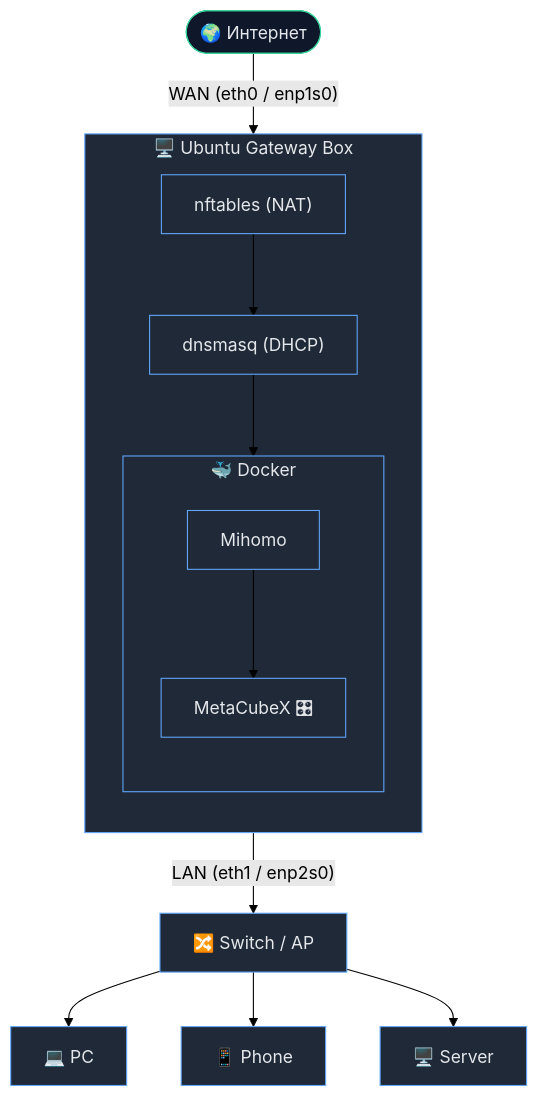
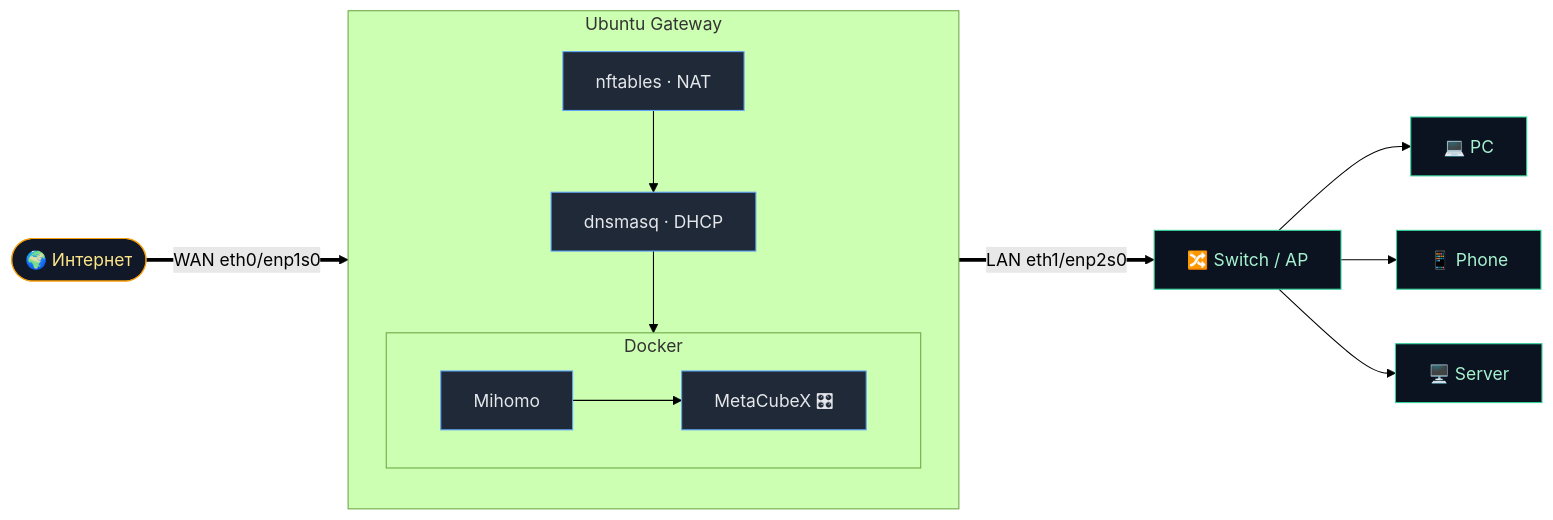
The diagram in README.md (quick-1y/mihomo-gateway), drawn with Mermaid (forest theme) before and after one commit.

````diff
--- a/README.md
+++ b/README.md
@@ -9,37 +9,31 @@
 ```mermaid
-flowchart TB
-    Internet(["🌍 Интернет"])
+flowchart LR
+    I(["🌍 Интернет"]):::wan
 
-    subgraph GW["🖥️ Ubuntu Gateway Box"]
+    subgraph GW["Ubuntu Gateway"]
         direction TB
-        NFT["nftables (NAT)"]
-        DNS["dnsmasq (DHCP)"]
-
-        subgraph DK["🐳 Docker"]
-            direction TB
-            MH["Mihomo"]
-            MC["MetaCubeX 🎛"]
-            MH --> MC
+        N["nftables · NAT"]:::svc
+        D["dnsmasq · DHCP"]:::svc
+        subgraph DOCK["Docker"]
+            M1["Mihomo"]:::svc
+            M2["MetaCubeX 🎛"]:::svc
+            M1 --> M2
         end
-
-        NFT --> DNS
-        DNS --> DK
+        N --> D --> DOCK
     end
 
-    SW["🔀 Switch / AP"]
+    SW["🔀 Switch / AP"]:::lan
+    PC["💻 PC"]:::lan
+    PH["📱 Phone"]:::lan
+    SRV["🖥️ Server"]:::lan
 
-    PC["💻 PC"]
-    PH["📱 Phone"]
-    SRV["🖥️ Server"]
-
-    Internet -- "WAN (eth0 / enp1s0)" --> GW
-    GW -- "LAN (eth1 / enp2s0)" --> SW
+    I ==>|WAN eth0/enp1s0| GW
+    GW ==>|LAN eth1/enp2s0| SW
     SW --> PC
     SW --> PH
     SW --> SRV
 
-    classDef box fill:#1f2937,stroke:#60a5fa,color:#e5e7eb;
-    classDef net fill:#0f172a,stroke:#34d399,color:#e5e7eb;
-    class GW,DK,NFT,DNS,MH,MC,SW,PC,PH,SRV box;
-    class Internet net;
+    classDef wan fill:#111827,stroke:#f59e0b,color:#fde68a;
+    classDef svc fill:#1f2937,stroke:#60a5fa,color:#e5e7eb;
+    classDef lan fill:#0b1220,stroke:#34d399,color:#a7f3d0;
 ```
````
